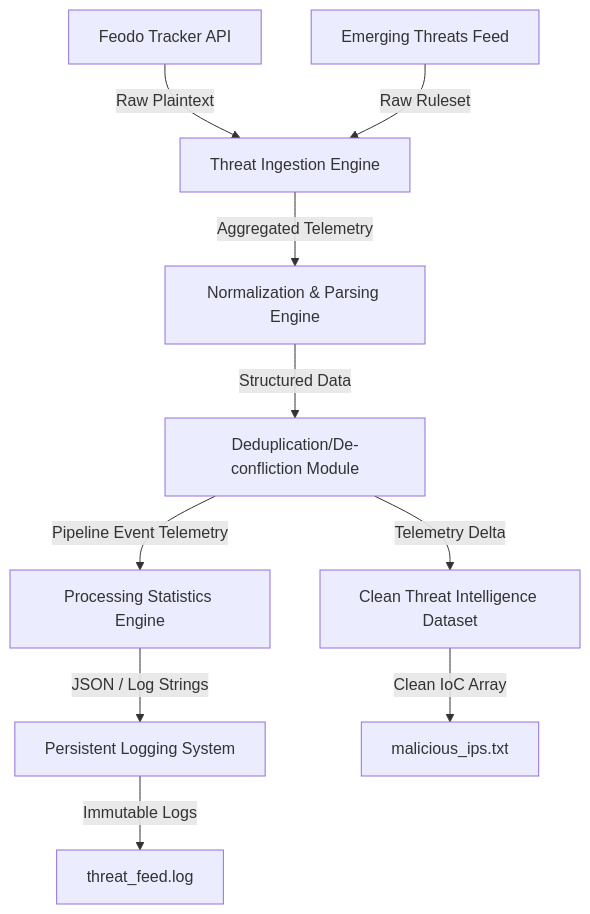
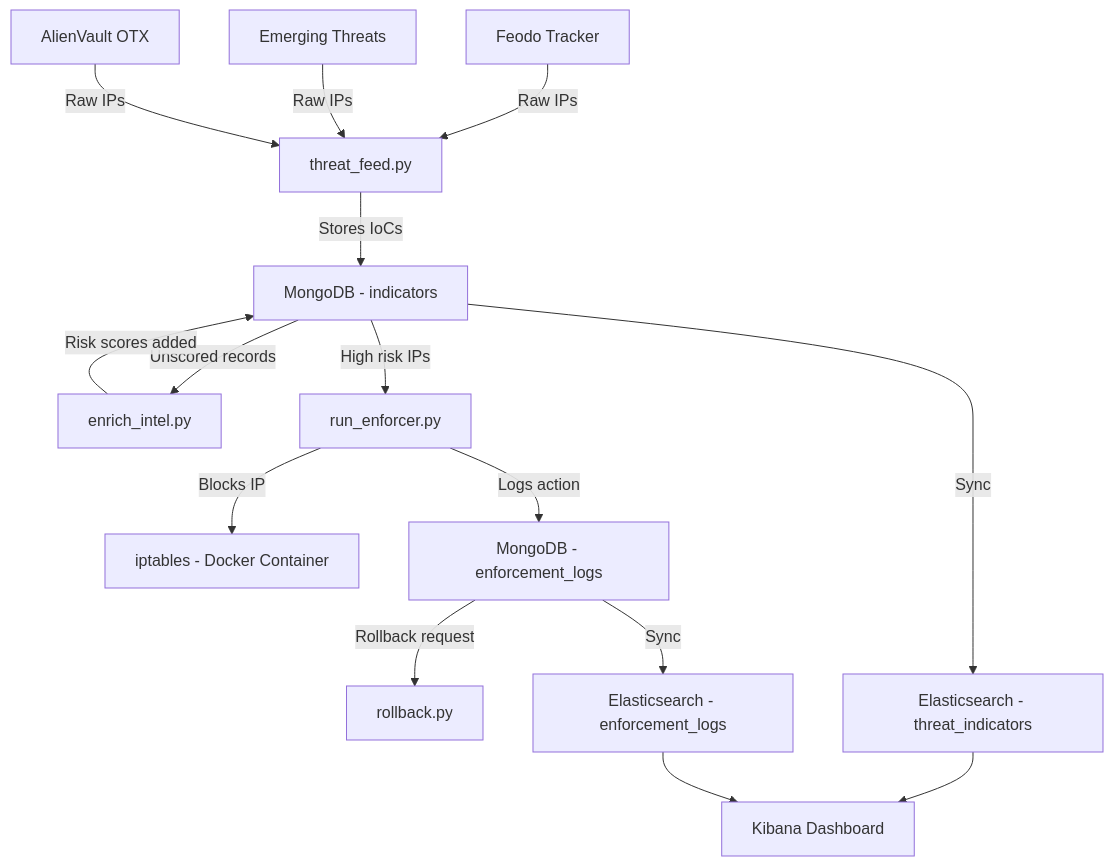
The diagram in README.md (Apart004/advanced-threat-intelligence-platform), drawn with Mermaid before and after one commit. The commit also changed other lines of this file, not shown here.

````diff
--- a/README.md
+++ b/README.md
@@ -30,16 +43,23 @@
 ```mermaid
 flowchart TD
-    A[Feodo Tracker API] -->|Raw Plaintext| D[Threat Ingestion Engine]
-    B[Emerging Threats Feed] -->|Raw Ruleset| D[Threat Ingestion Engine]
+    A[Feodo Tracker] -->|Raw IPs| D[threat_feed.py]
+    B[Emerging Threats] -->|Raw IPs| D
+    C[AlienVault OTX] -->|Raw IPs| D
 
-    D -->|Aggregated Telemetry| E[Normalization & Parsing Engine]
-    E -->|Structured Data| F[Deduplication/De-confliction Module]
+    D -->|Stores IoCs| E[MongoDB - indicators]
 
-    F -->|Telemetry Delta| G[Clean Threat Intelligence Dataset]
-    F -->|Pipeline Event Telemetry| H[Processing Statistics Engine]
+    E -->|Unscored records| F[enrich_intel.py]
+    F -->|Risk scores added| E
 
-    H -->|JSON / Log Strings| I[Persistent Logging System]
-    I -->|Immutable Logs| J[threat_feed.log]
-    G -->|Clean IoC Array| K[malicious_ips.txt]
+    E -->|High risk IPs| G[run_enforcer.py]
+    G -->|Blocks IP| H[iptables - Docker Container]
+    G -->|Logs action| I[MongoDB - enforcement_logs]
 
+    I -->|Rollback request| J[rollback.py]
+
+    E -->|Sync| K[Elasticsearch - threat_indicators]
+    I -->|Sync| L[Elasticsearch - enforcement_logs]
+
+    K --> M[Kibana Dashboard]
+    L --> M
 ```
````
